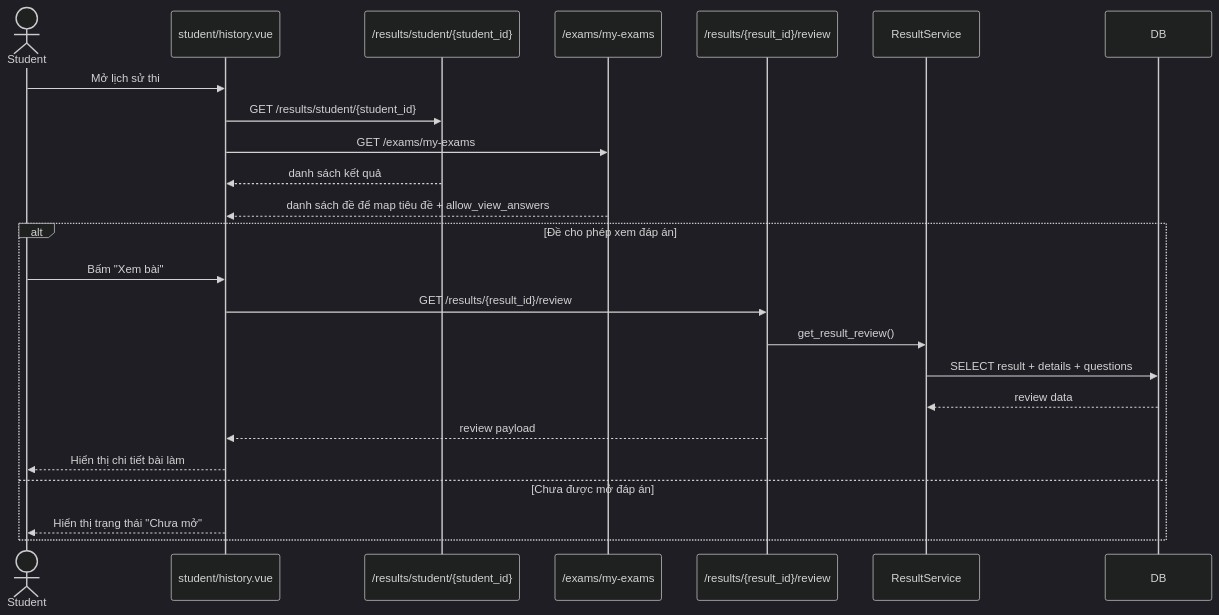
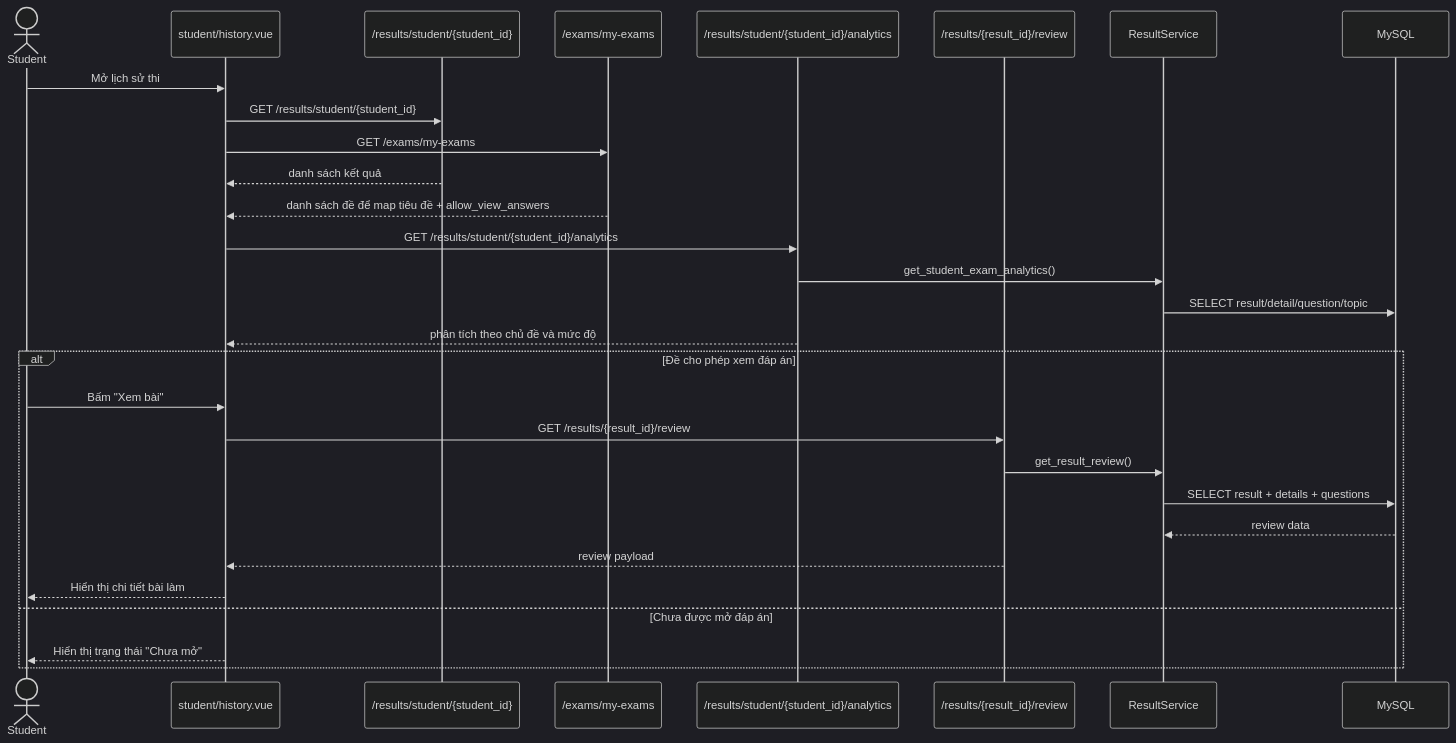
Diagram 15 of 17 in docs/UML.md (Tedomi2525/My_project), drawn with Mermaid (dark theme) before and after one commit. The commit also changed other lines of this file and 15 other files, not shown here.

First line of the commit message:
Add new documentation files including class diagram and project report

````diff
--- a/docs/UML.md
+++ b/docs/UML.md
@@ -949,28 +923,34 @@
 ```mermaid
 sequenceDiagram
 actor Student
 participant HistoryPage as student/history.vue
 participant HistoryAPI as /results/student/{student_id}
 participant ExamListAPI as /exams/my-exams
+participant AnalyticsAPI as /results/student/{student_id}/analytics
 participant ReviewAPI as /results/{result_id}/review
 participant ResultService
-participant DB
+participant DB as MySQL
 
 Student->>HistoryPage: Mở lịch sử thi
 HistoryPage->>HistoryAPI: GET /results/student/{student_id}
 HistoryPage->>ExamListAPI: GET /exams/my-exams
 HistoryAPI-->>HistoryPage: danh sách kết quả
 ExamListAPI-->>HistoryPage: danh sách đề để map tiêu đề + allow_view_answers
+
+HistoryPage->>AnalyticsAPI: GET /results/student/{student_id}/analytics
+AnalyticsAPI->>ResultService: get_student_exam_analytics()
+ResultService->>DB: SELECT result/detail/question/topic
+AnalyticsAPI-->>HistoryPage: phân tích theo chủ đề và mức độ
 
 alt Đề cho phép xem đáp án
   Student->>HistoryPage: Bấm "Xem bài"
   HistoryPage->>ReviewAPI: GET /results/{result_id}/review
   ReviewAPI->>ResultService: get_result_review()
   ResultService->>DB: SELECT result + details + questions
   DB-->>ResultService: review data
   ReviewAPI-->>HistoryPage: review payload
   HistoryPage-->>Student: Hiển thị chi tiết bài làm
 else Chưa được mở đáp án
   HistoryPage-->>Student: Hiển thị trạng thái "Chưa mở"
 end
 ```
````
